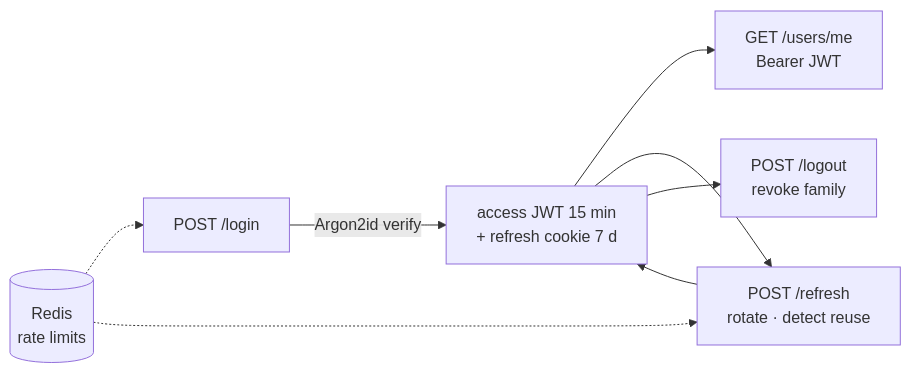
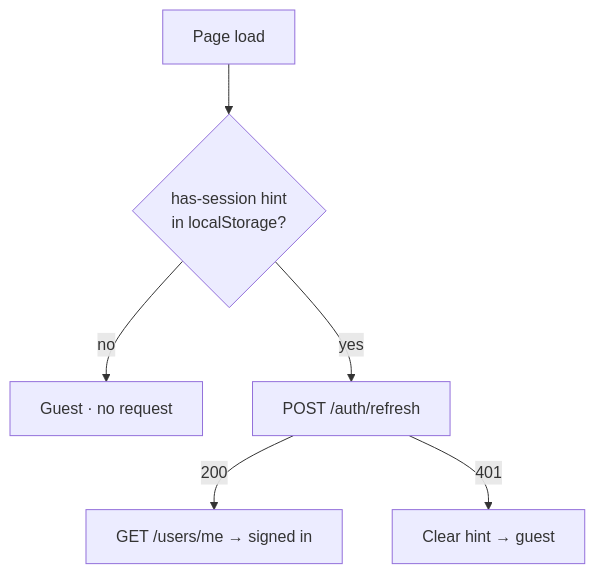
One commit to mr-laboratory/nebula changed the fourth of 4 diagrams in docs/learning-log/day-03.md. Above: the diagram before and after it, drawn with Mermaid. The commit also changed other lines of this file and 10 other files, not shown here.

````diff
--- a/docs/learning-log/day-03.md
+++ b/docs/learning-log/day-03.md
@@ -7,8 +98,8 @@
 ```mermaid
-flowchart LR
-    L[POST /login] -->|Argon2id verify| T["access JWT 15 min<br/>+ refresh cookie 7 d"]
-    T --> ME["GET /users/me<br/>Bearer JWT"]
-    T --> RF["POST /refresh<br/>rotate · detect reuse"] --> T
-    T --> LO["POST /logout<br/>revoke family"]
-    RL[(Redis<br/>rate limits)] -.-> L & RF
+flowchart TD
+    L[Page load] --> H{"has-session hint<br/>in localStorage?"}
+    H -->|no| G["Guest · no request"]
+    H -->|yes| R["POST /auth/refresh"]
+    R -->|200| M["GET /users/me → signed in"]
+    R -->|401| X["Clear hint → guest"]
 ```
````
